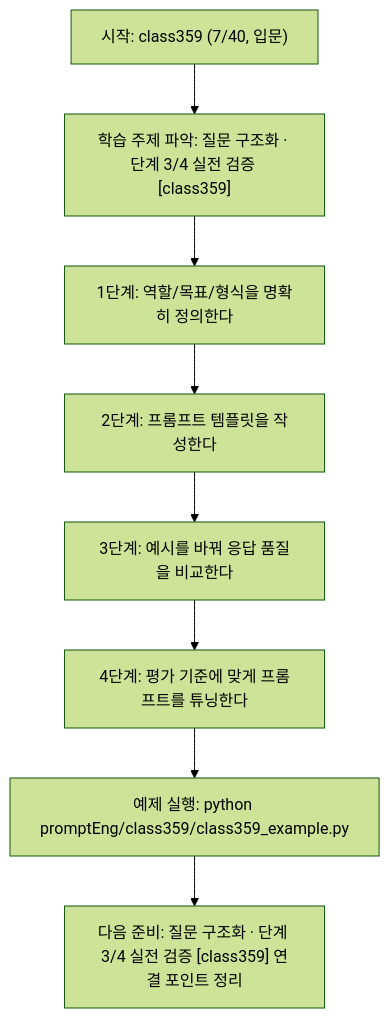
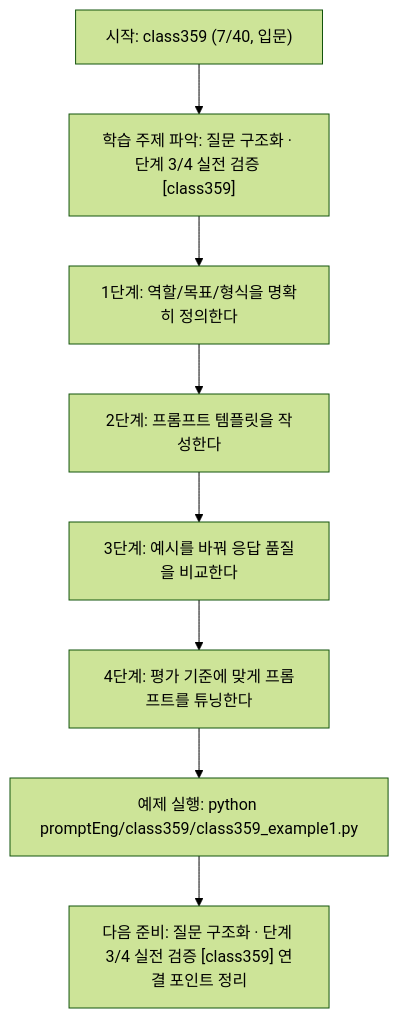
The diagram in promptEng/class359/class359.md (edumgt/Python-AI_Agent-Class), drawn with Mermaid (forest theme) before and after one commit. The commit also changed other lines of this file and 2959 other files, not shown here.

````diff
--- a/promptEng/class359/class359.md
+++ b/promptEng/class359/class359.md
@@ -109,18 +109,18 @@
 ```mermaid
 flowchart TD
 N1["시작: class359 (7/40, 입문)"]
 N2["학습 주제 파악: 질문 구조화 · 단계 3/4 실전 검증 [class359]"]
 N3["1단계: 역할/목표/형식을 명확히 정의한다"]
 N4["2단계: 프롬프트 템플릿을 작성한다"]
 N5["3단계: 예시를 바꿔 응답 품질을 비교한다"]
 N6["4단계: 평가 기준에 맞게 프롬프트를 튜닝한다"]
-N7["예제 실행: python promptEng/class359/class359_example.py"]
+N7["예제 실행: python promptEng/class359/class359_example1.py"]
 N8["다음 준비: 질문 구조화 · 단계 3/4 실전 검증 [class359] 연결 포인트 정리"]
 N1 --> N2
 N2 --> N3
 N3 --> N4
 N4 --> N5
 N5 --> N6
 N6 --> N7
 N7 --> N8
 ```
````
